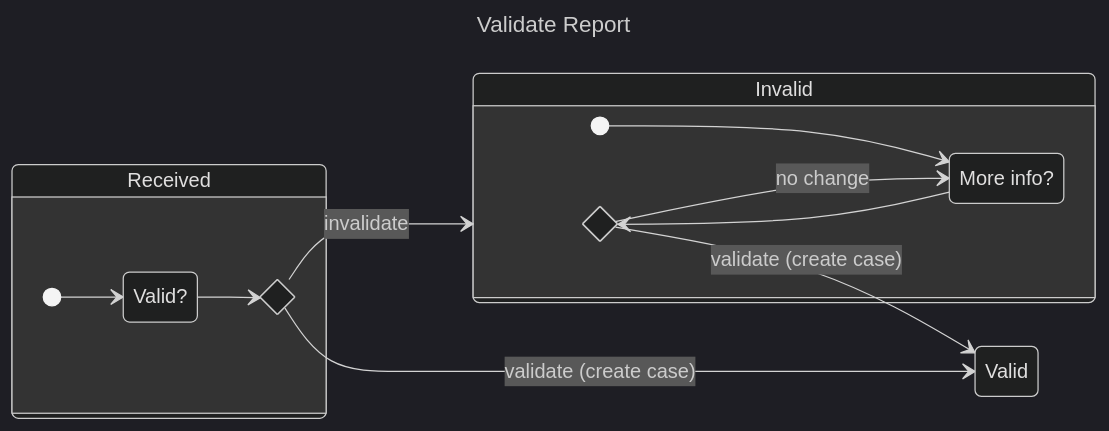
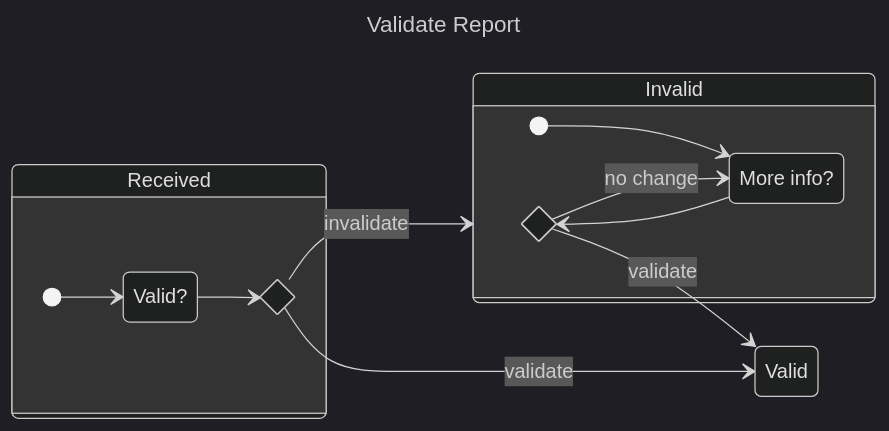
The ninth of 12 diagrams in docs/topics/process_models/rm/index.md (CERTCC/Vultron), drawn with Mermaid (dark theme) before and after one commit. The commit also changed other lines of this file and 44 other files, not shown here.

````diff
--- a/docs/topics/process_models/rm/index.md
+++ b/docs/topics/process_models/rm/index.md
@@ -466,23 +418,23 @@
 ```mermaid
 ---
 title: Validate Report
 ---
 stateDiagram-v2
     direction LR
     state Received {
         state validate <<choice>>
         evaluate: Valid?
         [*] --> evaluate
         evaluate --> validate
     }
     state Invalid {
         state revalidate <<choice>>
         await: More info?
         [*] --> await
         await --> revalidate
         revalidate --> await: no change
     }
-    validate --> Valid: validate (create case)
+    validate --> Valid: validate
     validate --> Invalid: invalidate
-    revalidate --> Valid: validate (create case)
+    revalidate --> Valid: validate
 ```
````
